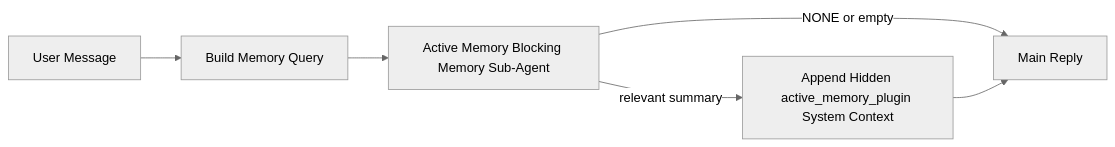
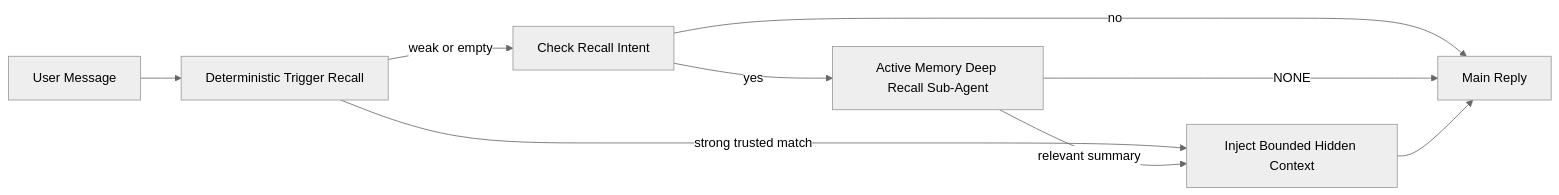
The diagram in research/openclaw/docs_concepts_active-memory.md (colibri11/styx), drawn with Mermaid (neutral theme) before and after one commit. The commit also changed other lines of this file and 41 other files, not shown here.

````diff
--- a/research/openclaw/docs_concepts_active-memory.md
+++ b/research/openclaw/docs_concepts_active-memory.md
@@ -326,8 +130,11 @@
 ```mermaid
 flowchart LR
-  U["User Message"] --> Q["Build Memory Query"]
-  Q --> R["Active Memory Blocking Memory Sub-Agent"]
-  R -->|NONE or empty| M["Main Reply"]
-  R -->|relevant summary| I["Append Hidden active_memory_plugin System Context"]
-  I --> M["Main Reply"]
+  U["User Message"] --> D["Deterministic Trigger Recall"]
+  D -->|strong trusted match| I["Inject Bounded Hidden Context"]
+  D -->|weak or empty| H["Check Recall Intent"]
+  H -->|no| M["Main Reply"]
+  H -->|yes| R["Active Memory Deep Recall Sub-Agent"]
+  R -->|NONE| M
+  R -->|relevant summary| I
+  I --> M
 ```
````
